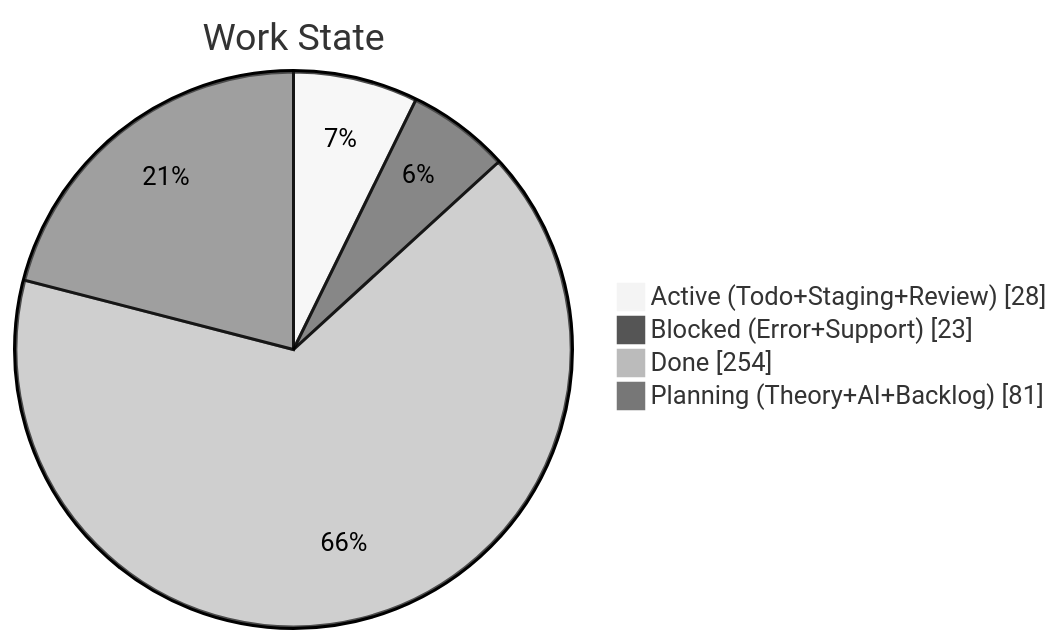
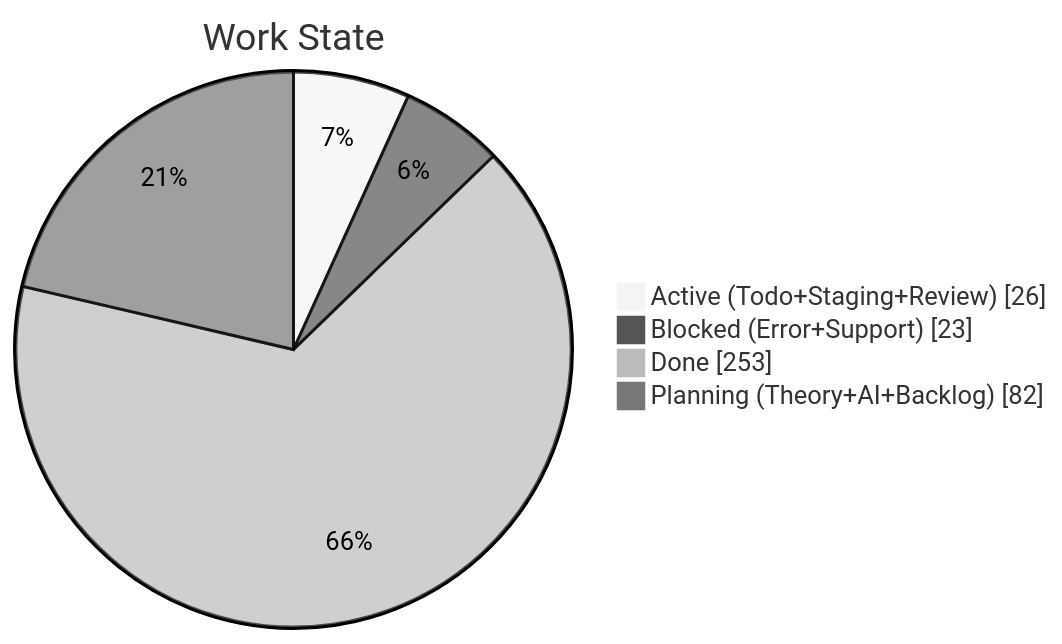
Before and after one commit to KBVE/kbve: the second of 4 diagrams in apps/kbve/astro-kbve/src/content/docs/dashboard/kanban-data.mdx, drawn with Mermaid (neutral theme). The commit also changed other lines of this file and 2 other files, not shown here.

````diff
--- a/apps/kbve/astro-kbve/src/content/docs/dashboard/kanban-data.mdx
+++ b/apps/kbve/astro-kbve/src/content/docs/dashboard/kanban-data.mdx
@@ -204,8 +204,8 @@
 ```mermaid
 pie showData
     title Work State
-    "Active (Todo+Staging+Review)" : 28
+    "Active (Todo+Staging+Review)" : 26
     "Blocked (Error+Support)" : 23
-    "Done" : 254
-    "Planning (Theory+AI+Backlog)" : 81
+    "Done" : 253
+    "Planning (Theory+AI+Backlog)" : 82
 ```
````
